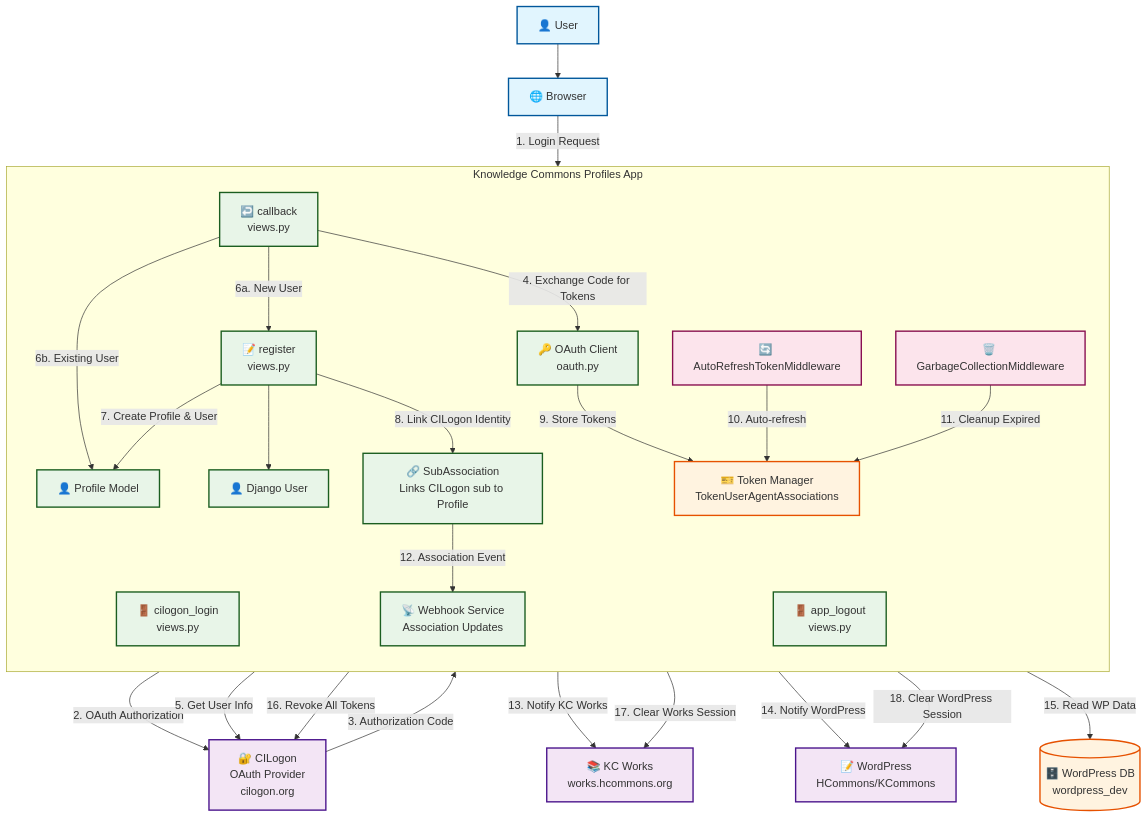
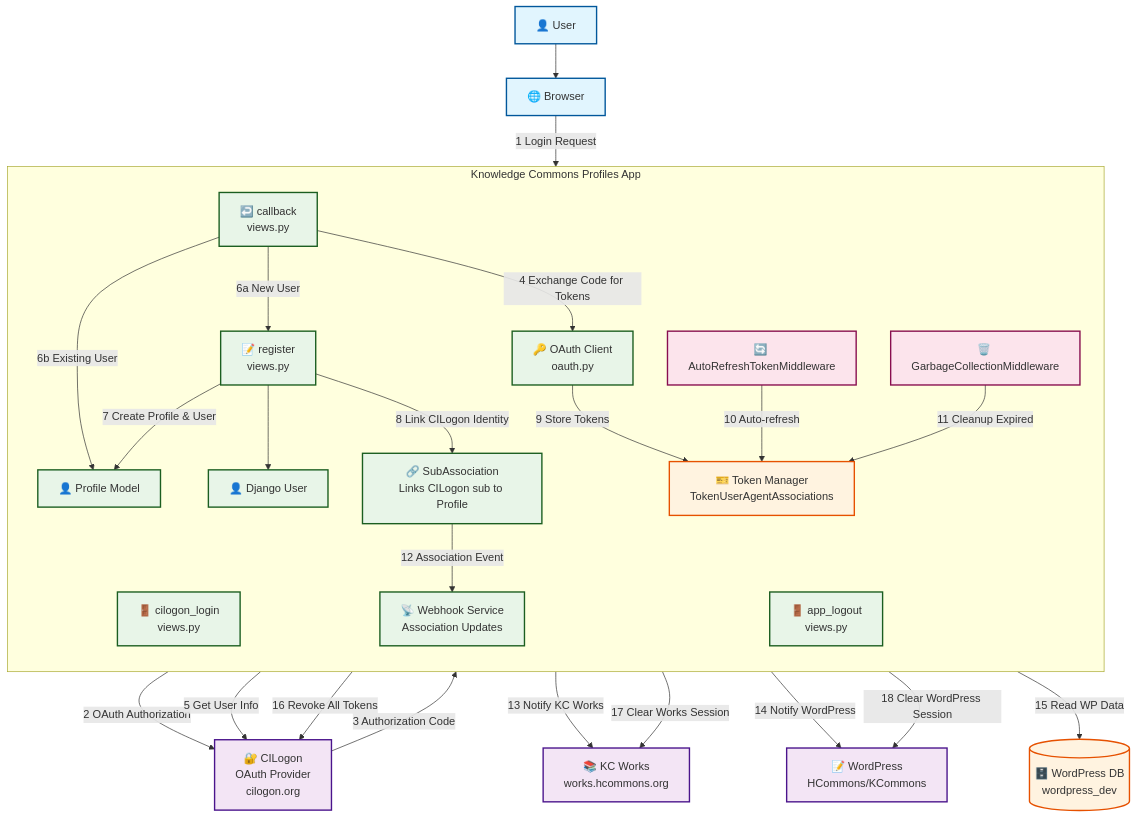
Before and after one commit to MESH-Research/knowledge-commons-profiles: the diagram in docs/cilogon_oauth_flow_diagram.md, drawn with Mermaid.

Commit message:
docs(cilogon): fixes to cilogon diagram

```diff
--- a/docs/cilogon_oauth_flow_diagram.md
+++ b/docs/cilogon_oauth_flow_diagram.md
@@ -41,36 +41,36 @@
     WPDB[(🗄️ WordPress DB<br/>wordpress_dev)]
     
     %% Flow 1: Initial Login
-    Browser -->|1. Login Request| LoginView
-    LoginView -->|2. OAuth Authorization| CILogon
-    CILogon -->|3. Authorization Code| CallbackView
-    CallbackView -->|4. Exchange Code for Tokens| OAuthClient
-    OAuthClient -->|5. Get User Info| CILogon
+    Browser -->|1 Login Request| LoginView
+    LoginView -->|2 OAuth Authorization| CILogon
+    CILogon -->|3 Authorization Code| CallbackView
+    CallbackView -->|4 Exchange Code for Tokens| OAuthClient
+    OAuthClient -->|5 Get User Info| CILogon
     
     %% Flow 2: User Registration/Association
-    CallbackView -->|6a. New User| RegisterView
-    CallbackView -->|6b. Existing User| Profile
-    RegisterView -->|7. Create Profile & User| Profile
+    CallbackView -->|6a New User| RegisterView
+    CallbackView -->|6b Existing User| Profile
+    RegisterView -->|7 Create Profile & User| Profile
     RegisterView --> DjangoUser
-    RegisterView -->|8. Link CILogon Identity| SubAssoc
+    RegisterView -->|8 Link CILogon Identity| SubAssoc
     
     %% Flow 3: Token Management
-    OAuthClient -->|9. Store Tokens| TokenManager
-    RefreshMiddleware -->|10. Auto-refresh| TokenManager
-    GCMiddleware -->|11. Cleanup Expired| TokenManager
+    OAuthClient -->|9 Store Tokens| TokenManager
+    RefreshMiddleware -->|10 Auto-refresh| TokenManager
+    GCMiddleware -->|11 Cleanup Expired| TokenManager
     
     %% Flow 4: External System Integration
-    SubAssoc -->|12. Association Event| Webhook
-    Webhook -->|13. Notify KC Works| Works
-    Webhook -->|14. Notify WordPress| WordPress
+    SubAssoc -->|12 Association Event| Webhook
+    Webhook -->|13 Notify KC Works| Works
+    Webhook -->|14 Notify WordPress| WordPress
     
     %% Flow 5: WordPress Data Access
-    Profile -->|15. Read WP Data| WPDB
+    Profile -->|15 Read WP Data| WPDB
     
     %% Flow 6: Multi-App Logout
-    LogoutView -->|16. Revoke All Tokens| CILogon
-    LogoutView -->|17. Clear Works Session| Works
-    LogoutView -->|18. Clear WordPress Session| WordPress
+    LogoutView -->|16 Revoke All Tokens| CILogon
+    LogoutView -->|17 Clear Works Session| Works
+    LogoutView -->|18 Clear WordPress Session| WordPress
     
     %% Styling
     classDef userStyle fill:#e1f5fe,stroke:#01579b,stroke-width:2px
```
